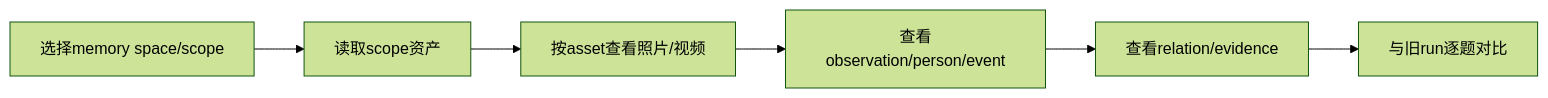
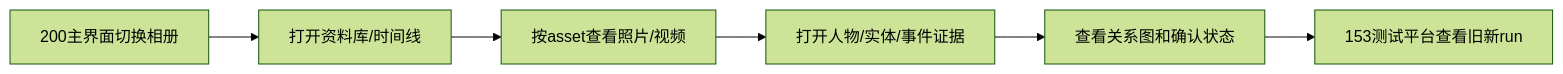
One commit to yuxi1996/sentrix-home-test changed the fourth of 12 diagrams in docs/project-introduction-and-evaluation-guide.md. Above: the diagram before and after it, drawn with Mermaid (forest theme). The commit also changed other lines of this file and 1 other file, not shown here.

Commit message:
docs: clarify three-layer system architecture

````diff
--- a/docs/project-introduction-and-evaluation-guide.md
+++ b/docs/project-introduction-and-evaluation-guide.md
@@ -80,8 +138,8 @@
 ```mermaid
 flowchart LR
-    A[选择memory space/scope] --> B[读取scope资产]
+    A[200主界面切换相册] --> B[打开资料库/时间线]
     B --> C[按asset查看照片/视频]
-    C --> D[查看observation/person/event]
-    D --> E[查看relation/evidence]
-    E --> F[与旧run逐题对比]
+    C --> D[打开人物/实体/事件证据]
+    D --> E[查看关系图和确认状态]
+    E --> F[153测试平台查看旧新run]
 ```
````
